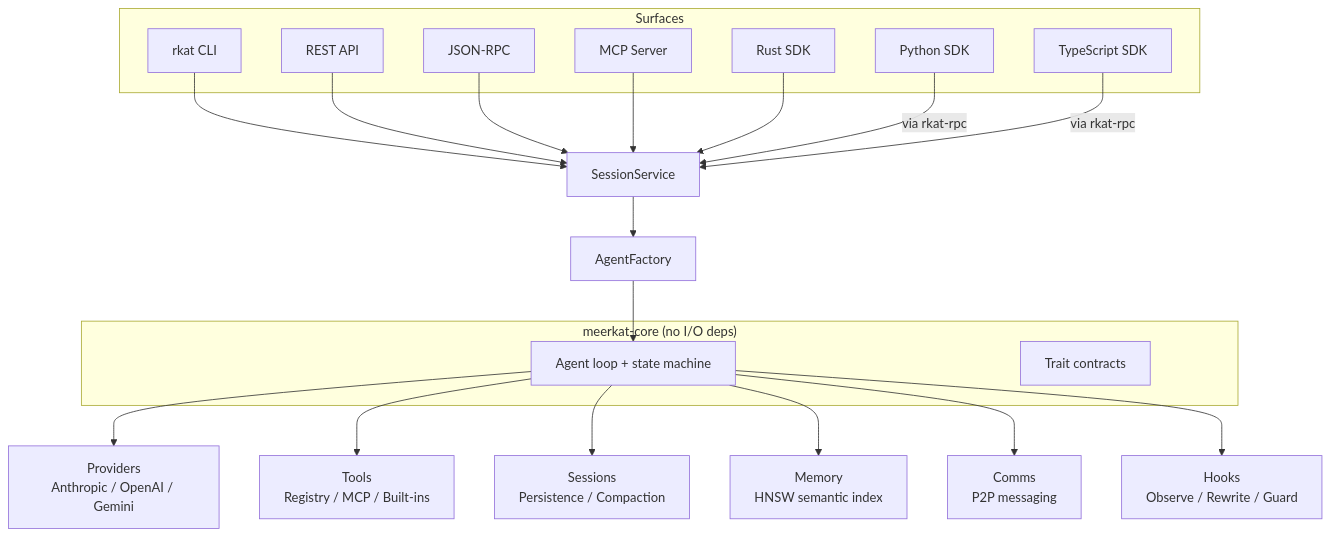
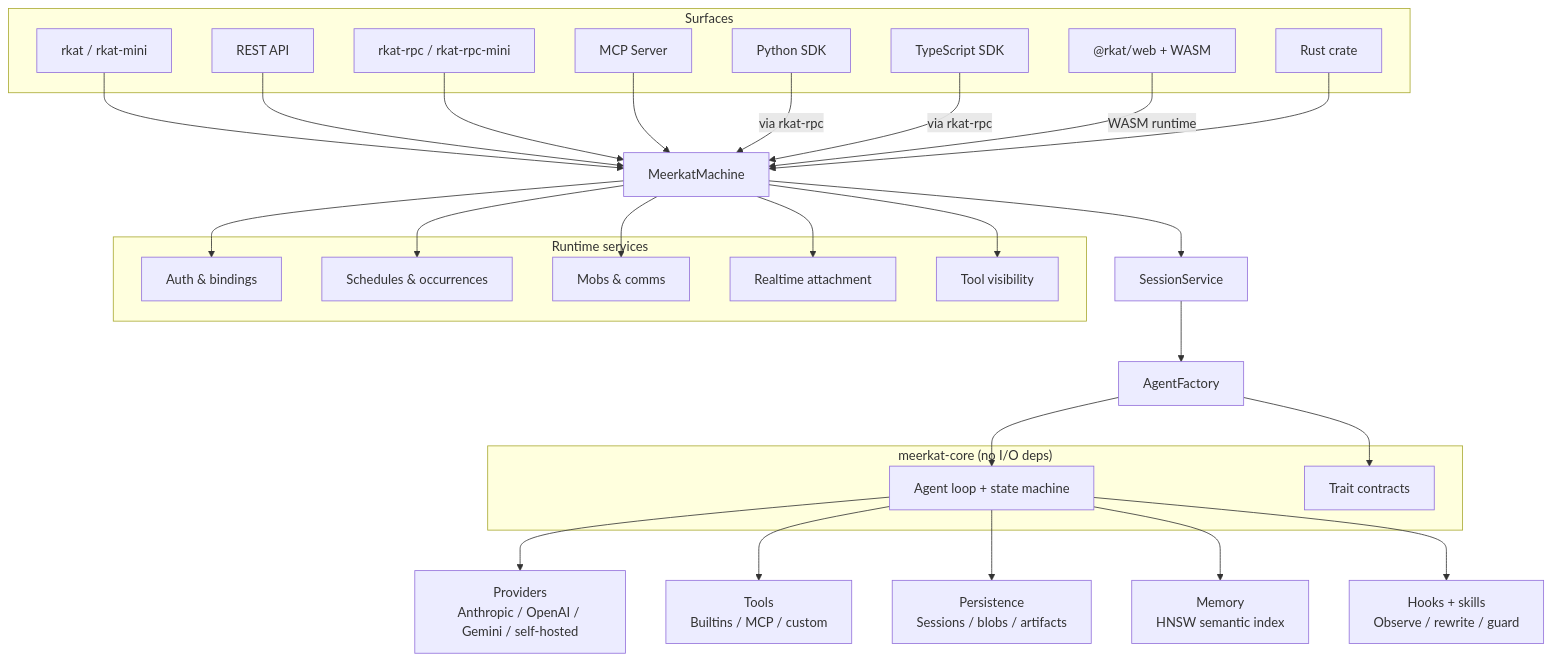
The diagram in README.md (lukacf/meerkat), drawn with Mermaid before and after one commit. The commit also changed other lines of this file, not shown here.

````diff
--- a/README.md
+++ b/README.md
@@ -225,46 +292,63 @@
 ```mermaid
 graph TD
     subgraph surfaces["Surfaces"]
-        CLI["rkat CLI"]
+        CLI["rkat / rkat-mini"]
         REST["REST API"]
-        RPC["JSON-RPC"]
+        RPC["rkat-rpc / rkat-rpc-mini"]
         MCPS["MCP Server"]
-        RUST["Rust SDK"]
+        RUST["Rust crate"]
         PY["Python SDK"]
         TS["TypeScript SDK"]
+        WEB["@rkat/web + WASM"]
+    end
+
+    MACHINE["MeerkatMachine"]
+
+    subgraph runtime["Runtime services"]
+        AUTH["Auth & bindings"]
+        SCHEDULE["Schedules & occurrences"]
+        MOB["Mobs & comms"]
+        REALTIME["Realtime attachment"]
+        TOOLSCOPE["Tool visibility"]
     end
 
     SS["SessionService"]
     AF["AgentFactory"]
 
-    CLI --> SS
-    REST --> SS
-    RPC --> SS
-    MCPS --> SS
-    RUST --> SS
-    PY -->|via rkat-rpc| SS
-    TS -->|via rkat-rpc| SS
+    CLI --> MACHINE
+    REST --> MACHINE
+    RPC --> MACHINE
+    MCPS --> MACHINE
+    PY -->|via rkat-rpc| MACHINE
+    TS -->|via rkat-rpc| MACHINE
+    WEB -->|WASM runtime| MACHINE
+    RUST --> MACHINE
 
+    MACHINE --> AUTH
+    MACHINE --> SCHEDULE
+    MACHINE --> MOB
+    MACHINE --> REALTIME
+    MACHINE --> TOOLSCOPE
+    MACHINE --> SS
     SS --> AF
 
     subgraph core["meerkat-core  (no I/O deps)"]
         AGENT["Agent loop + state machine"]
         TRAITS["Trait contracts"]
     end
 
     AF --> AGENT
+    AF --> TRAITS
 
-    CLIENT["Providers\nAnthropic / OpenAI / Gemini"]
-    TOOLS["Tools\nRegistry / MCP / Built-ins"]
-    SESSION["Sessions\nPersistence / Compaction"]
-    MEMORY["Memory\nHNSW semantic index"]
-    COMMS["Comms\nP2P messaging"]
-    HOOKS["Hooks\nObserve / Rewrite / Guard"]
+    CLIENT["Providers<br/>Anthropic / OpenAI / Gemini / self-hosted"]
+    TOOLS["Tools<br/>Builtins / MCP / custom"]
+    SESSION["Persistence<br/>Sessions / blobs / artifacts"]
+    MEMORY["Memory<br/>HNSW semantic index"]
+    HOOKS["Hooks + skills<br/>Observe / rewrite / guard"]
 
     AGENT --> CLIENT
     AGENT --> TOOLS
     AGENT --> SESSION
     AGENT --> MEMORY
-    AGENT --> COMMS
     AGENT --> HOOKS
 ```
````
